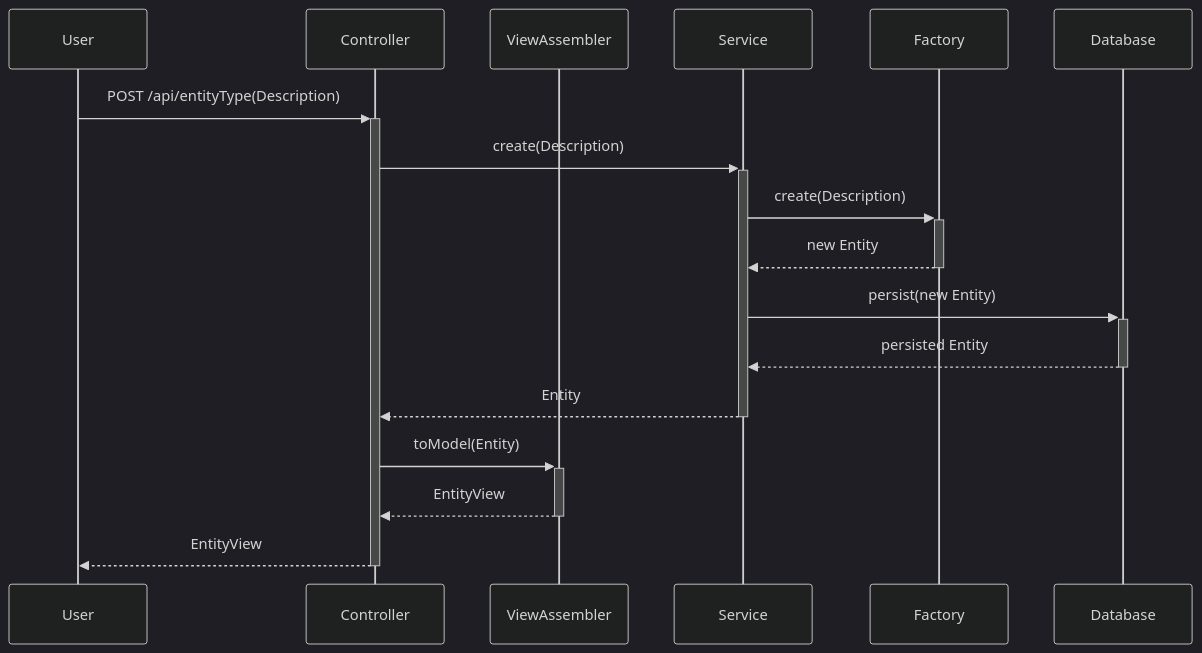
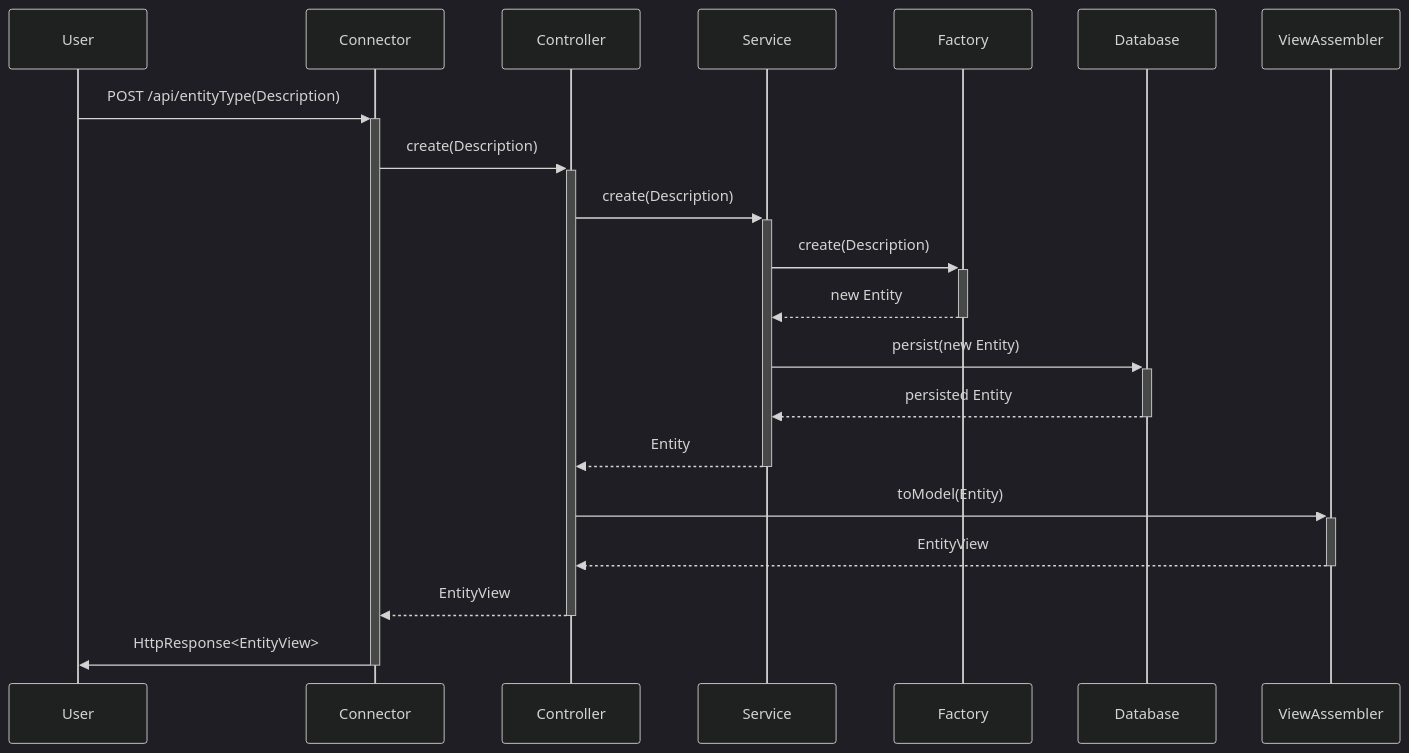
Before and after one commit to FraunhoferISST/DataspaceConnector: the diagram in docs/assets/files/resources/resource_sequence.mmd, drawn with Mermaid (dark theme). The commit also changed 2 other files, not shown here.

Commit message:
chore: add consumer artifactRequest flow

```diff
--- a/docs/assets/files/resources/resource_sequence.mmd
+++ b/docs/assets/files/resources/resource_sequence.mmd
@@ -1,14 +1,13 @@
 sequenceDiagram
-    participant User
-    participant Controller
-    participant ViewAssembler
-    User->>+Controller: POST /api/entityType(Description)
+    User->>+Connector: POST /api/entityType(Description)
+    Connector->>+Controller: create(Description)
     Controller->>+Service: create(Description)
     Service->>+Factory: create(Description)
     Factory-->>-Service: new Entity
     Service->>+Database: persist(new Entity)
     Database-->>-Service: persisted Entity
     Service-->>-Controller: Entity
     Controller->>+ViewAssembler: toModel(Entity)
     ViewAssembler-->>-Controller: EntityView
-    Controller-->>-User: EntityView
+    Controller-->>-Connector: EntityView
+    Connector->>-User: HttpResponse<EntityView>
```
